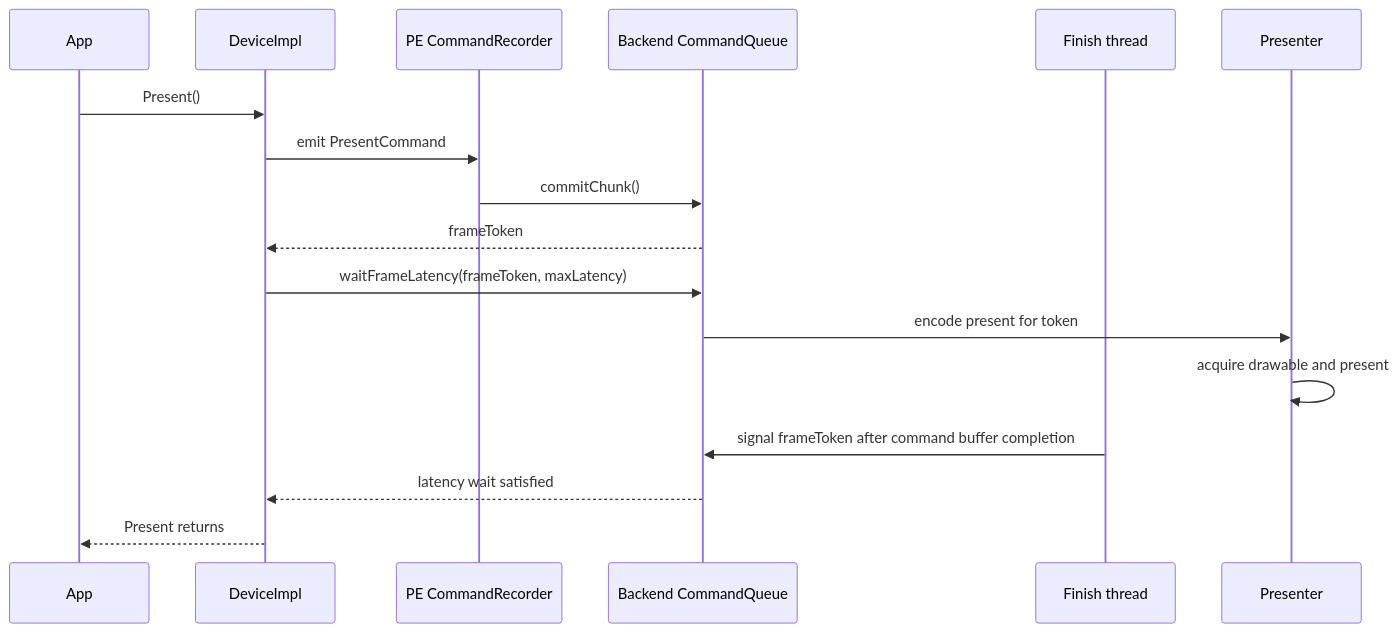
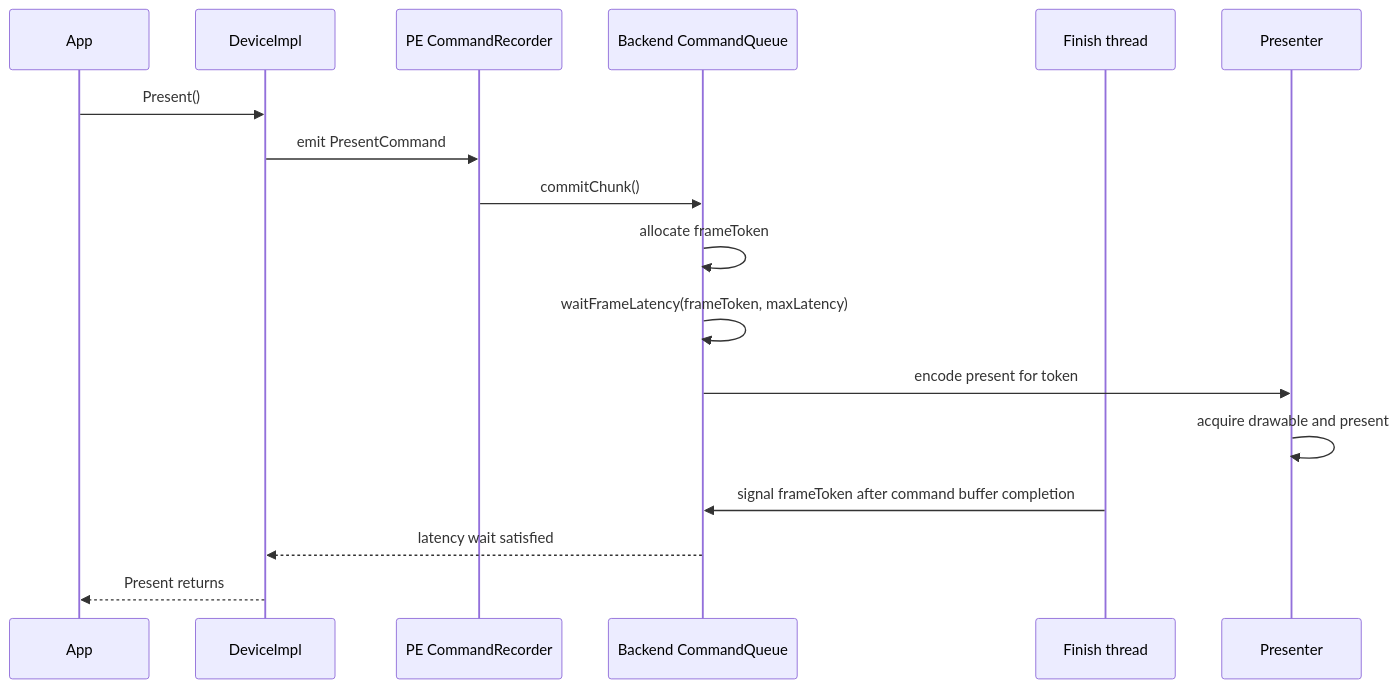
The fifth of 7 diagrams in specs/core/design.md (dfdgsdfg/dxmt9), drawn with Mermaid before and after one commit. The commit also changed 13 other files, not shown here.

````diff
--- a/specs/core/design.md
+++ b/specs/core/design.md
@@ -271,20 +271,20 @@
 ```mermaid
 sequenceDiagram
     participant App
     participant Dev as DeviceImpl
     participant Rec as PE CommandRecorder
     participant CQ as Backend CommandQueue
     participant FT as Finish thread
     participant Pr as Presenter
 
     App->>Dev: Present()
     Dev->>Rec: emit PresentCommand
     Rec->>CQ: commitChunk()
-    CQ-->>Dev: frameToken
-    Dev->>CQ: waitFrameLatency(frameToken, maxLatency)
+    CQ->>CQ: allocate frameToken
+    CQ->>CQ: waitFrameLatency(frameToken, maxLatency)
     CQ->>Pr: encode present for token
     Pr->>Pr: acquire drawable and present
     FT->>CQ: signal frameToken after command buffer completion
     CQ-->>Dev: latency wait satisfied
     Dev-->>App: Present returns
 ```
````
